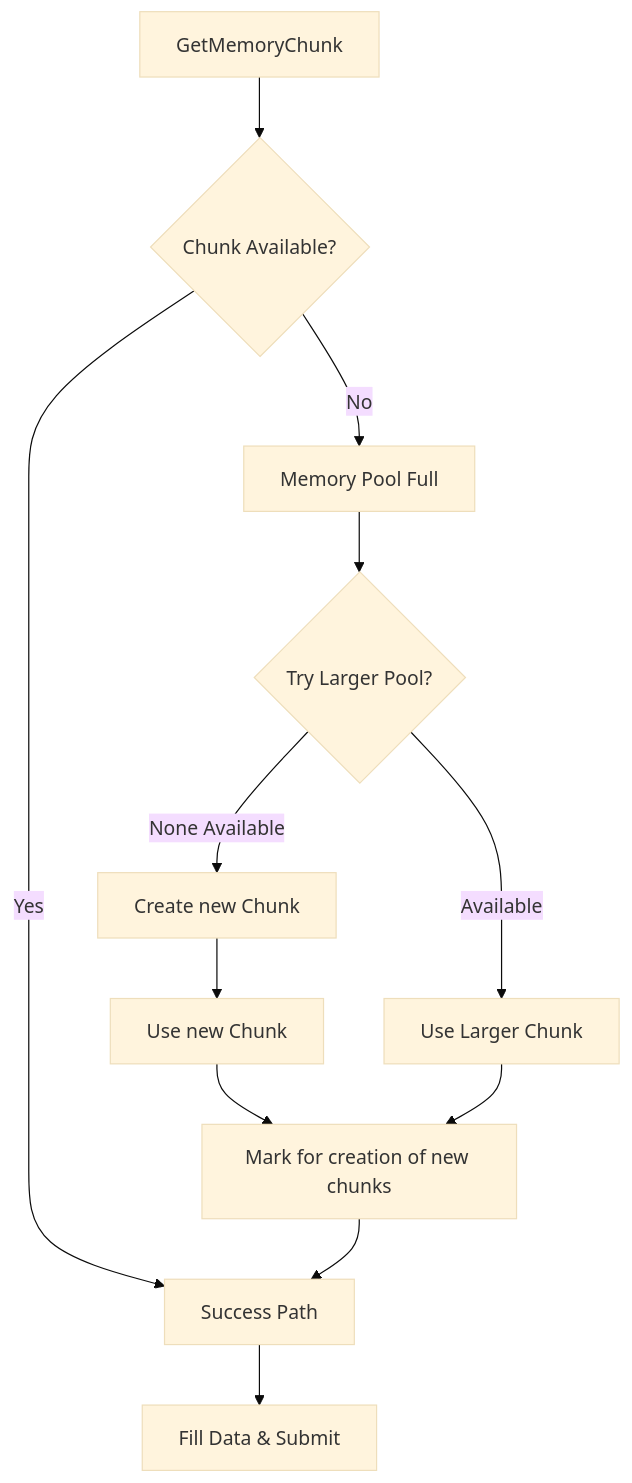
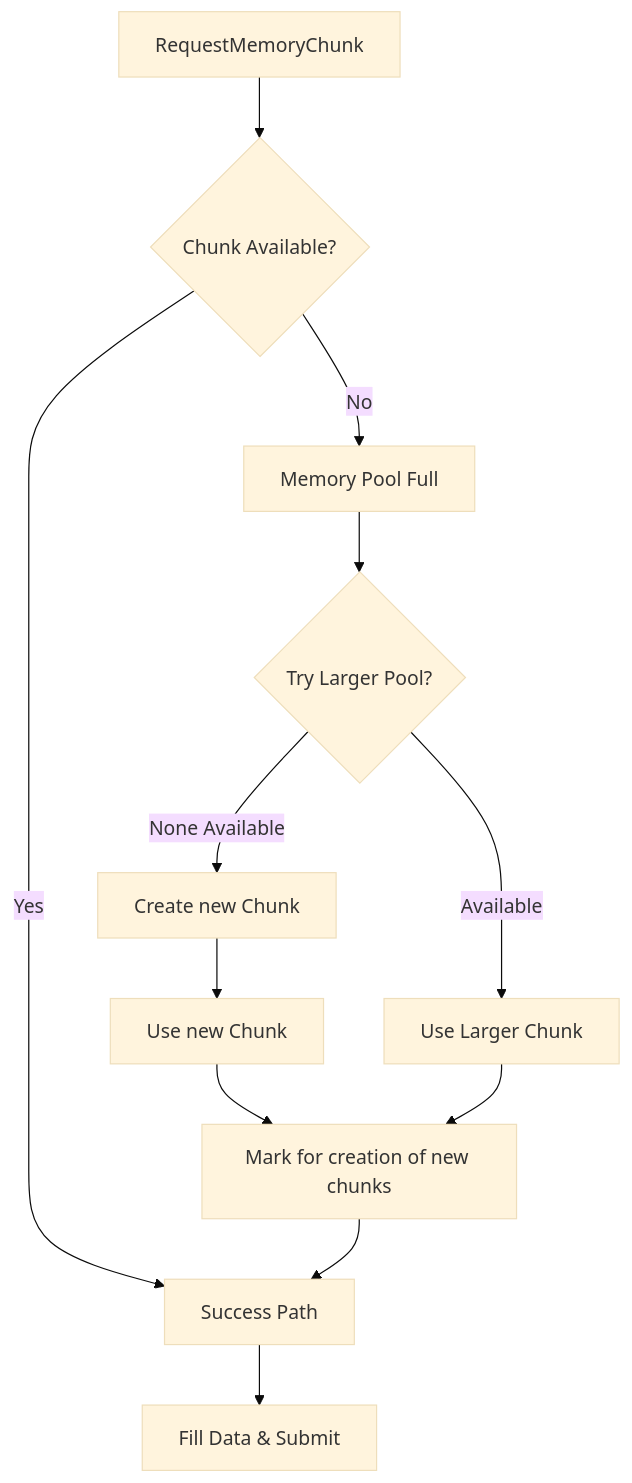
The seventh of 7 diagrams in docs/pipeline.md (Ienium/IeniumGlow), drawn with Mermaid (base theme) before and after one commit. The commit also changed other lines of this file and 12 other files, not shown here.

````diff
--- a/docs/pipeline.md
+++ b/docs/pipeline.md
@@ -204,19 +204,19 @@
 ```mermaid
 flowchart TD
-    A[GetMemoryChunk] --> B{Chunk Available?}
+    A[RequestMemoryChunk] --> B{Chunk Available?}
     B -->|Yes| C[Success Path]
     B -->|No| D[Memory Pool Full]
     
     D --> E{Try Larger Pool?}
     E -->|Available| F[Use Larger Chunk]
     E -->|None Available| G[Create new Chunk]
     
     G --> H[Use new Chunk]
     H -->J
     
     F --> J[Mark for creation of new chunks]
     J --> C
     
     
     C --> K[Fill Data & Submit]
 ```
````
